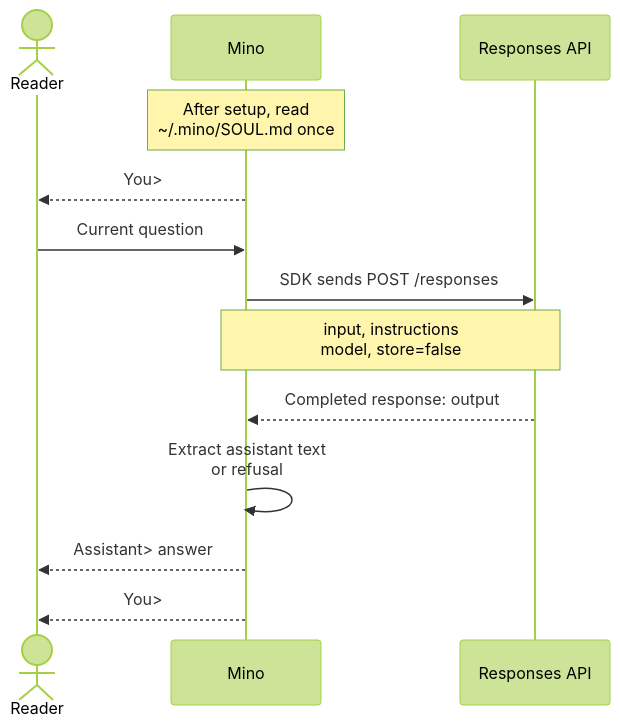
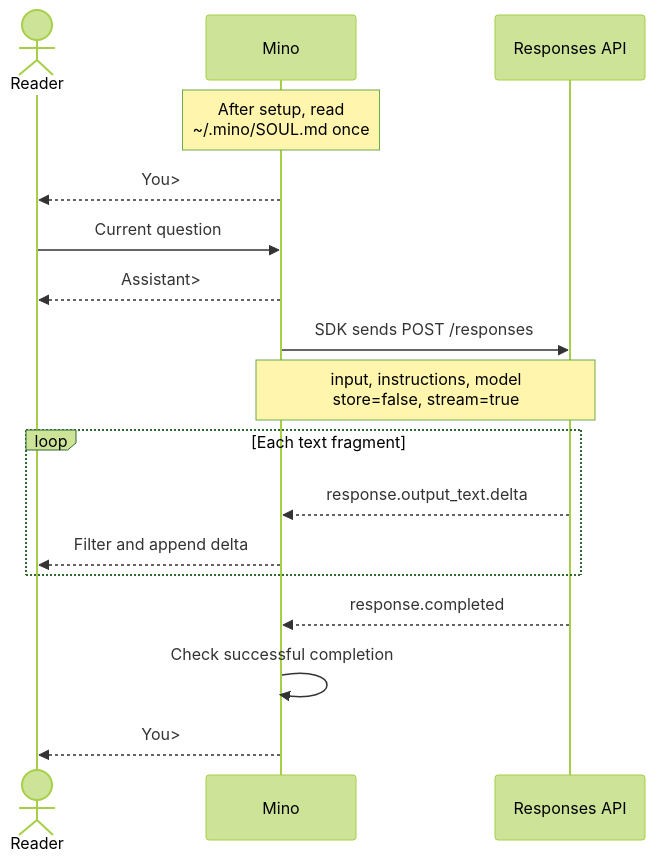
The diagram in docs/books/en/chapters/01-terminal-chat.md (qshine/mino), drawn with Mermaid (forest theme) before and after one commit. The commit also changed other lines of this file and 18 other files, not shown here.

First line of the commit message:
feat: stream Responses answers in the terminal

````diff
--- a/docs/books/en/chapters/01-terminal-chat.md
+++ b/docs/books/en/chapters/01-terminal-chat.md
@@ -36,17 +36,21 @@
 ```mermaid
 sequenceDiagram
     accTitle: One question through Mino
-    accDescr: After configuration is complete, Mino reads the user's home-directory SOUL.md once, prompts for a question, sends its identity instructions and the current input through the OpenAI Go SDK to the Responses API, then extracts and displays the answer before prompting again.
+    accDescr: Mino loads the user's identity once, sends the current question with streaming enabled, and displays each text delta immediately. It checks the completion event before returning to the next input prompt.
     actor User as Reader
     participant Mino as Mino
     participant API as Responses API
     Note over Mino: After setup, read<br/>~/.mino/SOUL.md once
     Mino-->>User: You>
     User->>Mino: Current question
+    Mino-->>User: Assistant>
     Mino->>API: SDK sends POST /responses
-    Note over Mino,API: input, instructions<br/>model, store=false
-    API-->>Mino: Completed response: output
-    Mino->>Mino: Extract assistant text<br/>or refusal
-    Mino-->>User: Assistant> answer
+    Note over Mino,API: input, instructions, model<br/>store=false, stream=true
+    loop Each text fragment
+        API-->>Mino: response.output_text.delta
+        Mino-->>User: Filter and append delta
+    end
+    API-->>Mino: response.completed
+    Mino->>Mino: Check successful completion
     Mino-->>User: You>
 ```
````
